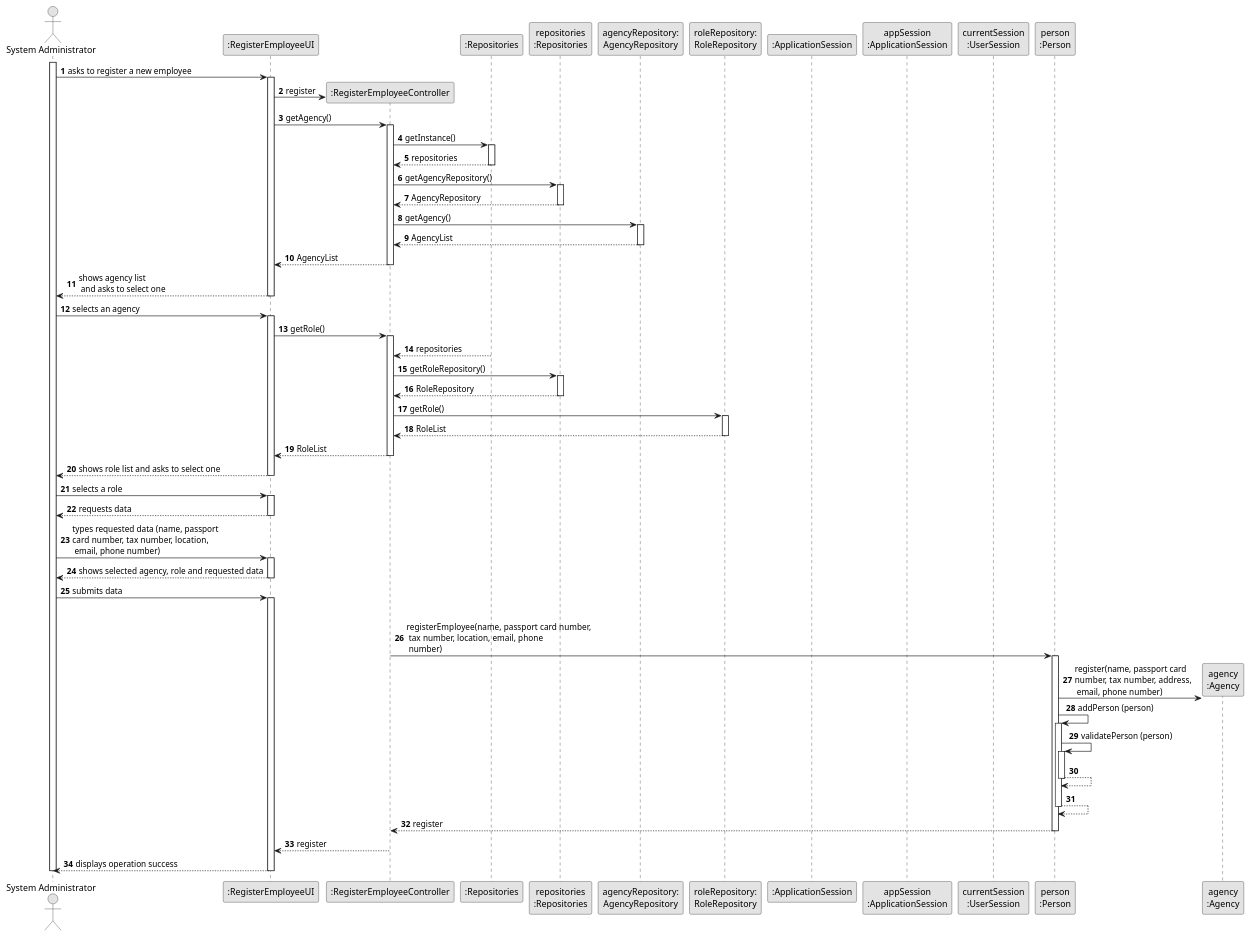
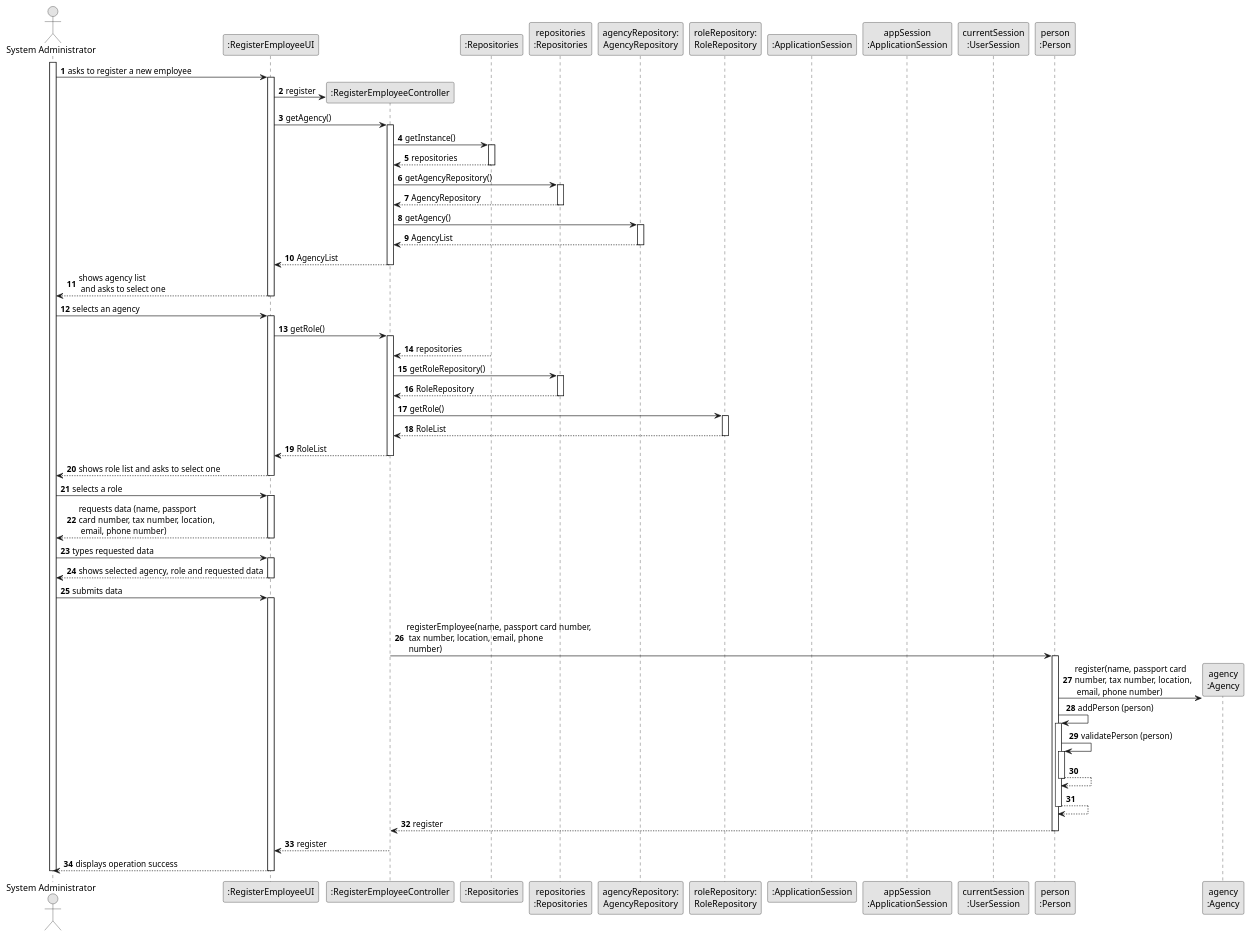
The diagram in docs/sprintB/us003/03.design/puml/us003-sequence-diagram-full.puml (rita-barbosa/LAPR2-2223), drawn with PlantUML before and after one commit. The commit also changed 1 other file, not shown here.

```diff
--- a/docs/sprintB/us003/03.design/puml/us003-sequence-diagram-full.puml
+++ b/docs/sprintB/us003/03.design/puml/us003-sequence-diagram-full.puml
@@ -1,132 +1,132 @@
 @startuml
 skinparam monochrome true
 skinparam packageStyle rectangle
 skinparam shadowing false
 
 autonumber
 
 'hide footbox
 actor "System Administrator" as ADM
 participant ":RegisterEmployeeUI" as UI
 participant ":RegisterEmployeeController" as CTRL
 participant ":Repositories" as RepositorySingleton
 participant "repositories\n:Repositories" as PLAT
 participant "agencyRepository:\nAgencyRepository" as AgencyRepository
 participant "roleRepository:\nRoleRepository" as RoleRepository
 participant ":ApplicationSession" as _APP
 participant "appSession\n:ApplicationSession" as APP
 participant "currentSession\n:UserSession" as SESSAO
 participant "person\n:Person" as PERSON
 participant "agency\n:Agency" as AGENCY
 
 activate ADM
 
         ADM -> UI : asks to register a new employee
 
         activate UI
 
 '            UI --> ADM : requests data (name, passport card number, tax number, location, email, phone number)
             'create CTRL
             UI -> CTRL** : register
 
             UI -> CTRL : getAgency()
             activate CTRL
 
                 CTRL -> RepositorySingleton : getInstance()
                 activate RepositorySingleton
 
                     RepositorySingleton --> CTRL: repositories
                 deactivate RepositorySingleton
 
                 CTRL -> PLAT : getAgencyRepository()
                 activate PLAT
 
                     PLAT --> CTRL: AgencyRepository
                 deactivate PLAT
 
                 CTRL -> AgencyRepository : getAgency()
                 activate AgencyRepository
 
                     AgencyRepository --> CTRL : AgencyList
                 deactivate AgencyRepository
 
                 CTRL --> UI : AgencyList
             deactivate CTRL
 
             UI --> ADM : shows agency list\n and asks to select one
         deactivate UI
 
 
              ADM -> UI : selects an agency
              activate UI
 
 UI -> CTRL : getRole()
             activate CTRL
 
 
 
                     RepositorySingleton --> CTRL: repositories
                 deactivate RepositorySingleton
 
                 CTRL -> PLAT : getRoleRepository()
                 activate PLAT
 
                     PLAT --> CTRL: RoleRepository
                 deactivate PLAT
 
                 CTRL -> RoleRepository : getRole()
                 activate RoleRepository
 
                     RoleRepository --> CTRL : RoleList
                 deactivate RoleRepository
 
                 CTRL --> UI : RoleList
             deactivate CTRL
 
             UI --> ADM : shows role list and asks to select one
         deactivate UI
 
     ADM -> UI : selects a role
     activate UI
 
-        UI --> ADM : requests data
+        UI --> ADM : requests data (name, passport \ncard number, tax number, location,\n email, phone number)
     deactivate UI
 
-    ADM -> UI : types requested data (name, passport \ncard number, tax number, location,\n email, phone number)
+    ADM -> UI : types requested data
     activate UI
 
         UI --> ADM : shows selected agency, role and requested data
     deactivate UI
 
     ADM -> UI : submits data
     activate UI
 
             |||
             CTRL -> PERSON: registerEmployee(name, passport card number,\n tax number, location, email, phone\n number)
             activate PERSON
 
-                PERSON -> AGENCY**: register(name, passport card \nnumber, tax number, address,\n email, phone number)
+                PERSON -> AGENCY**: register(name, passport card \nnumber, tax number, location,\n email, phone number)
                 PERSON -> PERSON: addPerson (person)
 
 
                 activate PERSON
                     PERSON -> PERSON: validatePerson (person)
                     activate PERSON
                         PERSON --> PERSON
                     deactivate PERSON
 
                     PERSON --> PERSON
                 deactivate PERSON
 
                 PERSON --> CTRL : register
 
             deactivate PERSON
 
             CTRL --> UI: register
             deactivate CTRL
             UI --> ADM: displays operation success
     deactivate UI
 
 deactivate ADM
 
 @enduml
```
